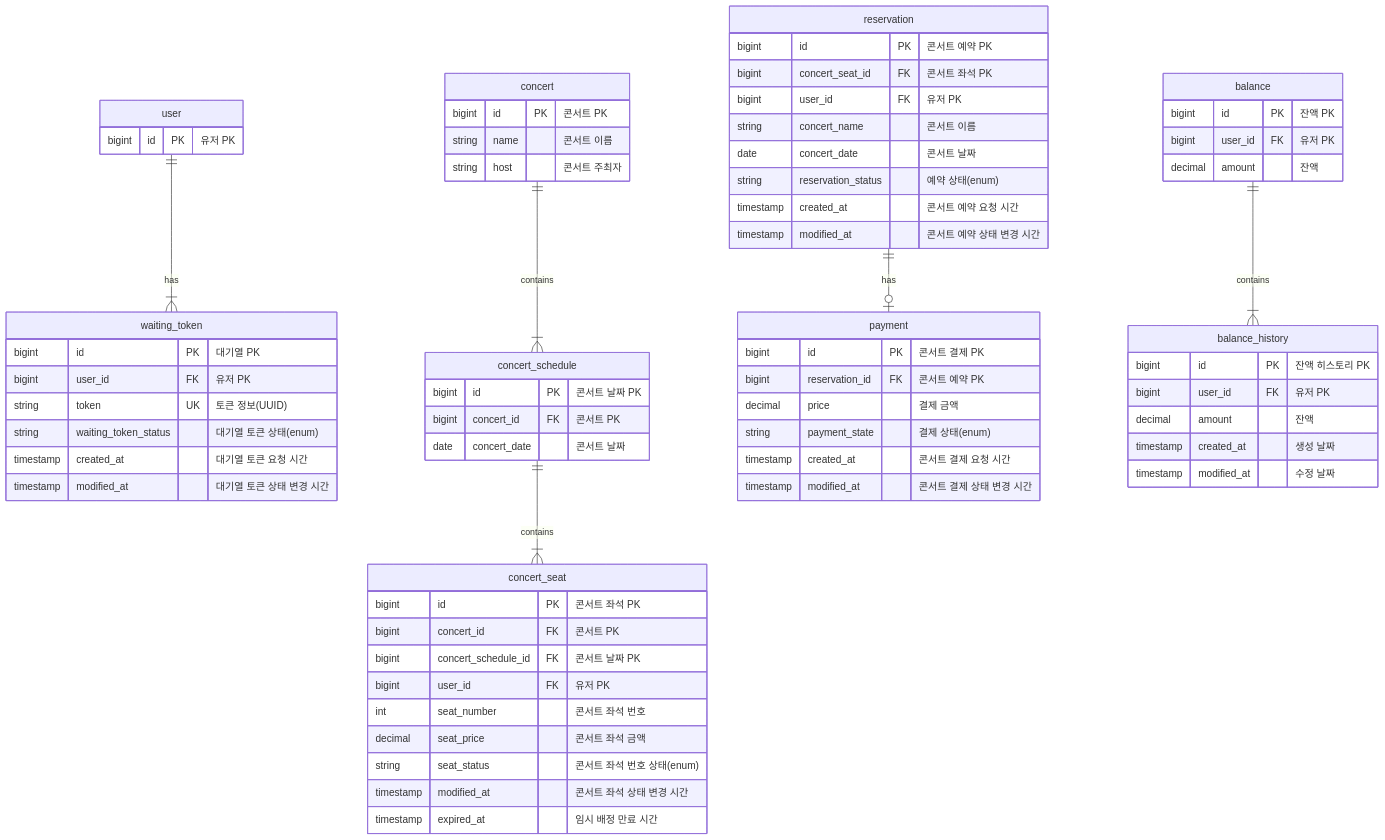
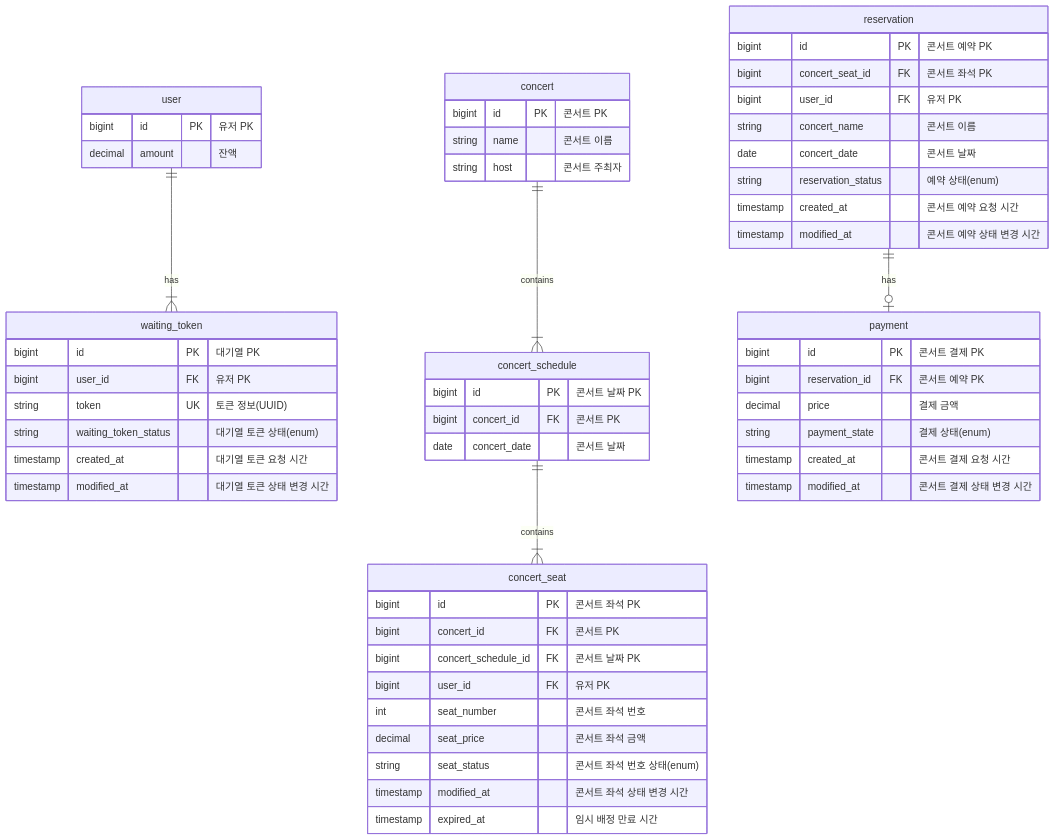
Before and after one commit to kdelay/Concert-Booking: the first of 8 diagrams in README.md, drawn with Mermaid. The commit also changed 1 other file, not shown here.

Commit message:
docs: [#10] 잔액 유저 테이블 통합

````diff
--- a/README.md
+++ b/README.md
@@ -82,6 +82,7 @@
     %% 사용자
     user {
         bigint id PK "유저 PK"
+        decimal amount "잔액"
     }
     
     %% 대기열 토큰 정보
@@ -152,27 +153,9 @@
         timestamp modified_at "콘서트 결제 상태 변경 시간"
     }
 
-    %% 잔액
-    %% balance(1) : balance_history(N)
-    balance {
-      bigint id PK "잔액 PK"
-      bigint user_id FK "유저 PK"
-      decimal amount "잔액"
-    }
-    
-    %% 잔액 히스토리
-    balance_history {
-        bigint id PK "잔액 히스토리 PK"
-        bigint user_id FK "유저 PK"
-        decimal amount "잔액"
-        timestamp created_at "생성 날짜"
-        timestamp modified_at "수정 날짜"
-    }
-
     user ||--|{ waiting_token : has
     concert ||--|{ concert_schedule : contains
     concert_schedule ||--|{ concert_seat : contains
     reservation ||--o| payment : has
-    balance ||--|{ balance_history : contains
     
 ```
````
